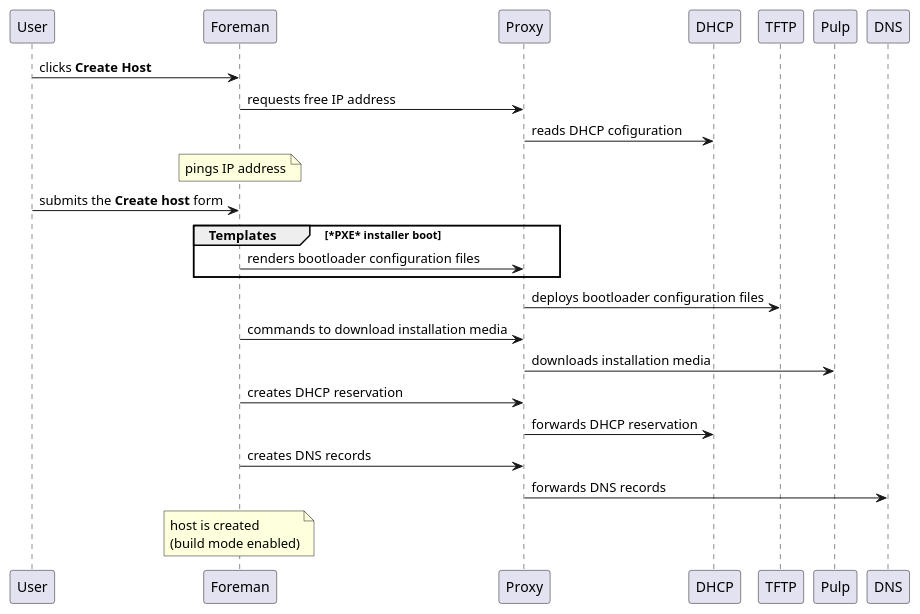
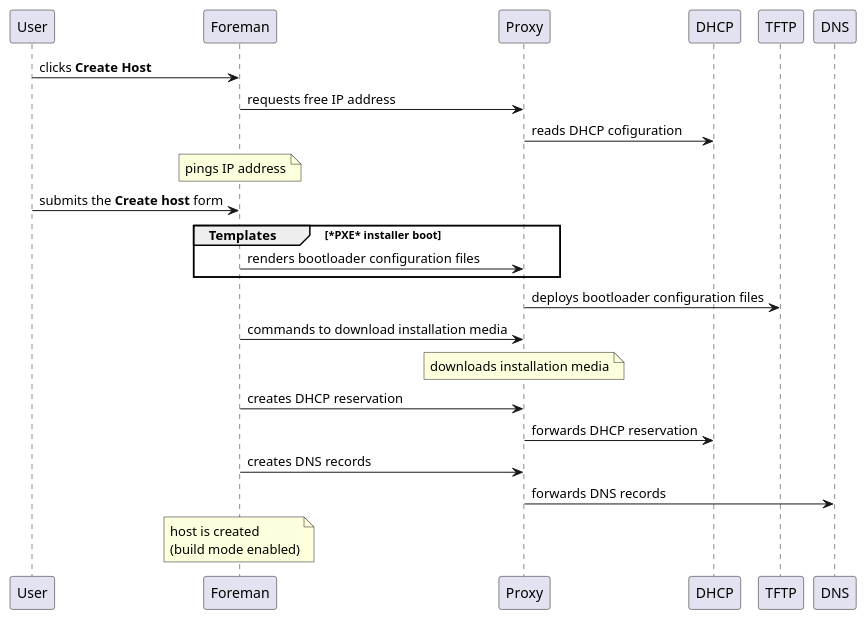
The diagram in guides/image-sources/prov-create-host-pxe.iuml (theforeman/foreman-documentation), drawn with PlantUML before and after one commit. The commit also changed 2 other files, not shown here.

Commit message:
Neutralize Pulp

```diff
--- a/guides/image-sources/prov-create-host-pxe.iuml
+++ b/guides/image-sources/prov-create-host-pxe.iuml
@@ -1,16 +1,16 @@
 User -> Foreman : clicks **Create Host**
 Foreman -> Proxy : requests free IP address
 Proxy -> DHCP : reads DHCP cofiguration
 note over Foreman : pings IP address
 User -> Foreman : submits the **Create host** form
 group Templates [*PXE* installer boot]
     Foreman -> Proxy : renders bootloader configuration files
 end
 Proxy -> TFTP : deploys bootloader configuration files
 Foreman -> Proxy : commands to download installation media
-Proxy -> Pulp : downloads installation media
+note over Proxy : downloads installation media
 Foreman -> Proxy : creates DHCP reservation
 Proxy -> DHCP : forwards DHCP reservation
 Foreman -> Proxy : creates DNS records
 Proxy -> DNS : forwards DNS records
 note over Foreman : host is created\n(build mode enabled)
```
